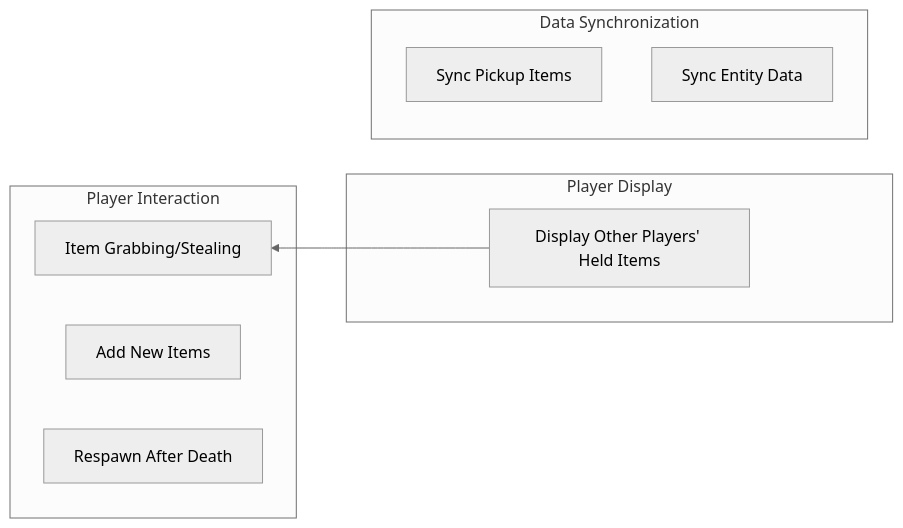
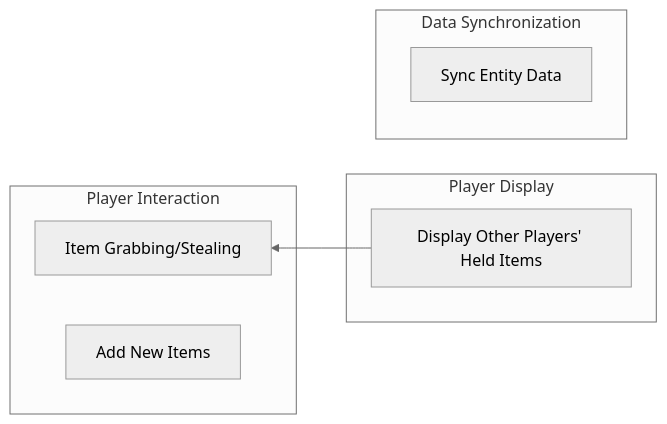
The diagram in README.md (Shen-X-L/WKMultiMod), drawn with Mermaid (neutral theme) before and after one commit. The commit also changed other lines of this file and 25 other files, not shown here.

````diff
--- a/README.md
+++ b/README.md
@@ -22,23 +22,21 @@
 ```mermaid
 graph RL
     %% Module 1: Player Display
     subgraph Player Display
         1d[Display Other Players' Held Items]
     end
 
     %% Module 2: Player Interaction
     subgraph Player Interaction
         2b[Item Grabbing/Stealing]
         2c[Add New Items]
-        2e[Respawn After Death]
     end
 
     %% Module 3: Data Synchronization
     subgraph Data Synchronization
-        3c[Sync Pickup Items]
         3e[Sync Entity Data]
     end
 
     %% Dependency Connections (cross-module and within modules)
     1d --> 2b
 ```
````
